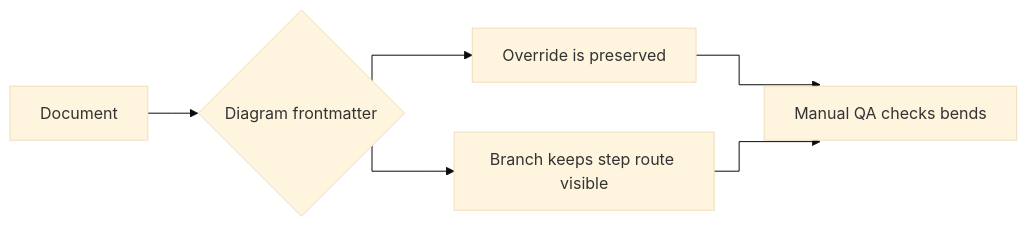
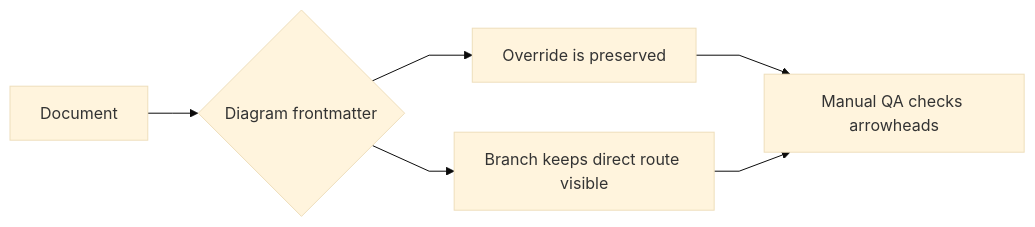
The third of 3 diagrams in docs/fixtures/mermaid-cursor-style-demo.md (humensmoc/markdown-reader), drawn with Mermaid (base theme) before and after one commit. The commit also changed other lines of this file and 2 other files, not shown here.

Commit message:
- fix: update flowchart curve style and improve verification logic

````diff
--- a/docs/fixtures/mermaid-cursor-style-demo.md
+++ b/docs/fixtures/mermaid-cursor-style-demo.md
@@ -40,13 +40,13 @@
 ```mermaid
 ---
 config:
   flowchart:
-    curve: stepBefore
+    curve: linear
 ---
 flowchart LR
   A["Document"] --> B{"Diagram frontmatter"}
   B --> C["Override is preserved"]
-  B --> D["Branch keeps step route visible"]
-  C --> E["Manual QA checks bends"]
+  B --> D["Branch keeps direct route visible"]
+  C --> E["Manual QA checks arrowheads"]
   D --> E
 ```
````
